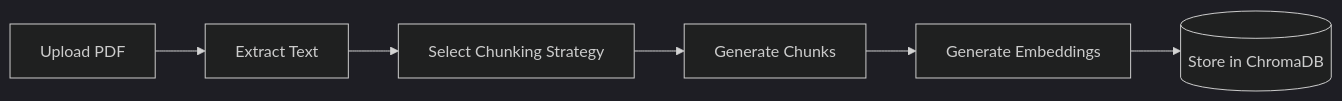
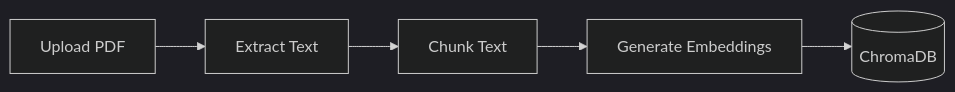
One commit to behra527/MediRAG-AI-Intelligent-Document-Assistant changed the second of 4 diagrams in README.md. Above: the diagram before and after it, drawn with Mermaid (dark theme). The commit also changed other lines of this file, not shown here.

````diff
--- a/README.md
+++ b/README.md
@@ -120,8 +90,7 @@
 ```mermaid
 flowchart LR
     A["Upload PDF"] --> B["Extract Text"]
-    B --> C["Select Chunking Strategy"]
-    C --> D["Generate Chunks"]
-    D --> E["Generate Embeddings"]
-    E --> F[("Store in ChromaDB")]
+    B --> C["Chunk Text"]
+    C --> D["Generate Embeddings"]
+    D --> E[("ChromaDB")]
 ```
````
